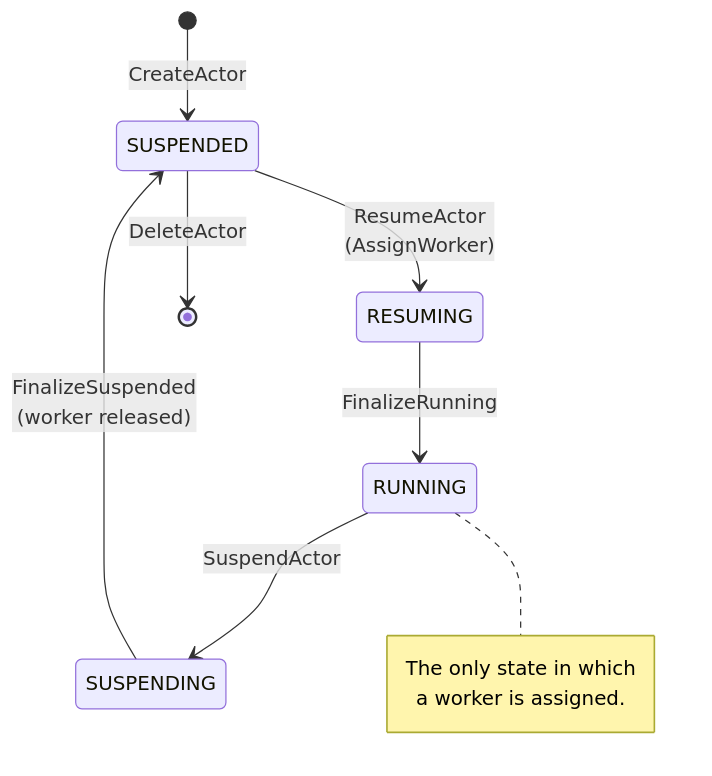
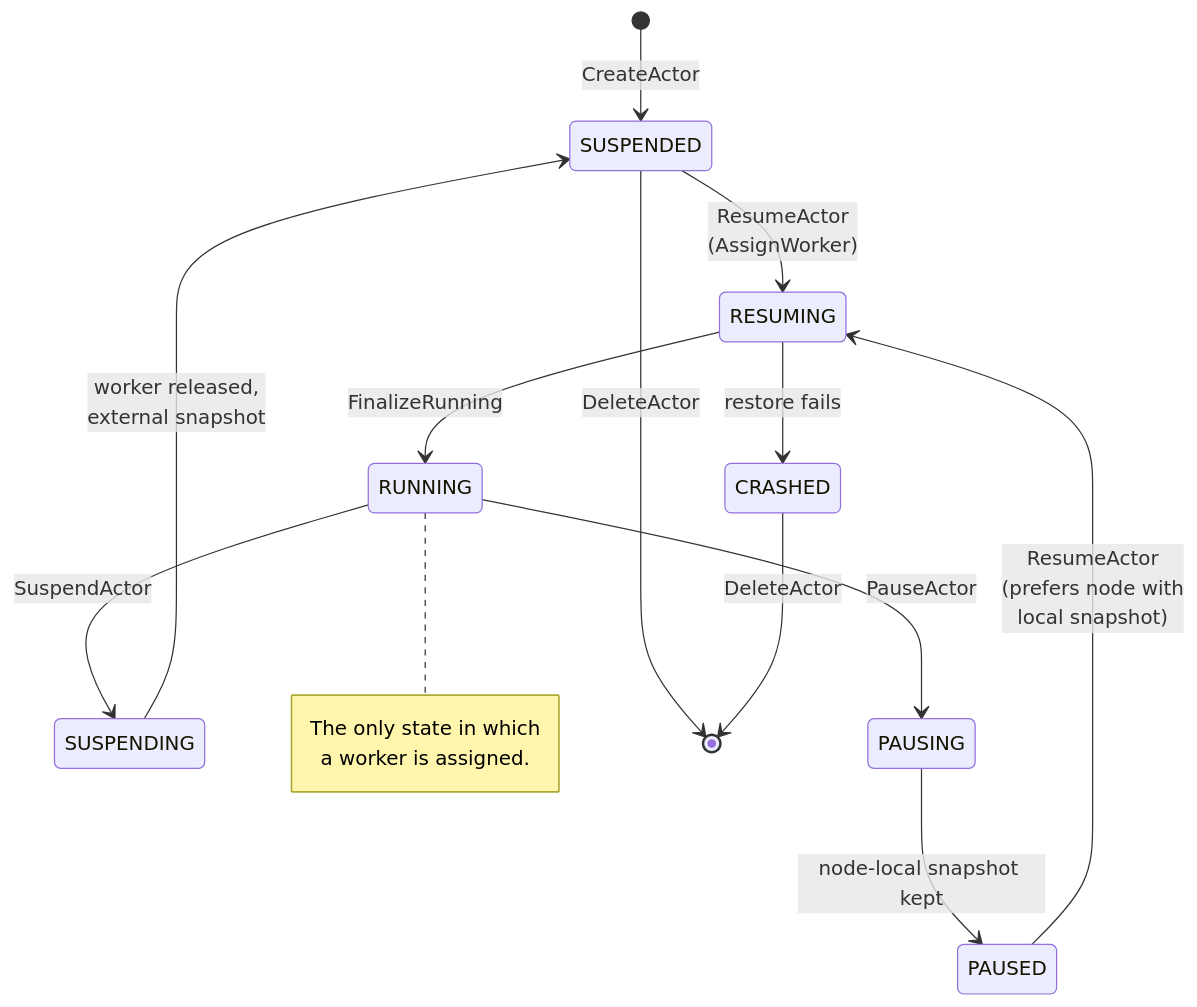
The second of 2 diagrams in atlas/src/content/docs/flows/resume-actor.mdx (christian-posta/substrate), drawn with Mermaid before and after one commit. The commit also changed other lines of this file and 28 other files, not shown here.

````diff
--- a/atlas/src/content/docs/flows/resume-actor.mdx
+++ b/atlas/src/content/docs/flows/resume-actor.mdx
@@ -291,13 +338,18 @@
 ```mermaid
 stateDiagram-v2
   [*] --> SUSPENDED: CreateActor
   SUSPENDED --> RESUMING: ResumeActor<br/>(AssignWorker)
+  PAUSED --> RESUMING: ResumeActor<br/>(prefers node with<br/>local snapshot)
   RESUMING --> RUNNING: FinalizeRunning
+  RESUMING --> CRASHED: restore fails
   RUNNING --> SUSPENDING: SuspendActor
-  SUSPENDING --> SUSPENDED: FinalizeSuspended<br/>(worker released)
+  RUNNING --> PAUSING: PauseActor
+  SUSPENDING --> SUSPENDED: worker released,<br/>external snapshot
+  PAUSING --> PAUSED: node-local snapshot kept
   SUSPENDED --> [*]: DeleteActor
+  CRASHED --> [*]: DeleteActor
   note right of RUNNING
     The only state in which
     a worker is assigned.
   end note
 ```
````
